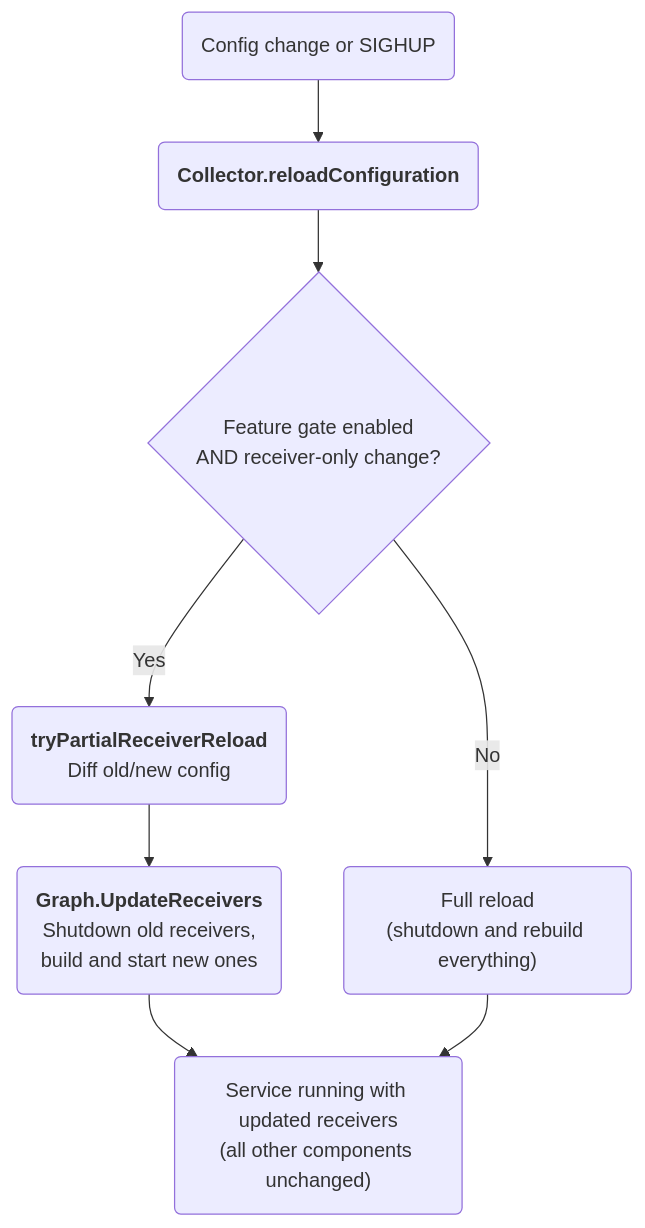
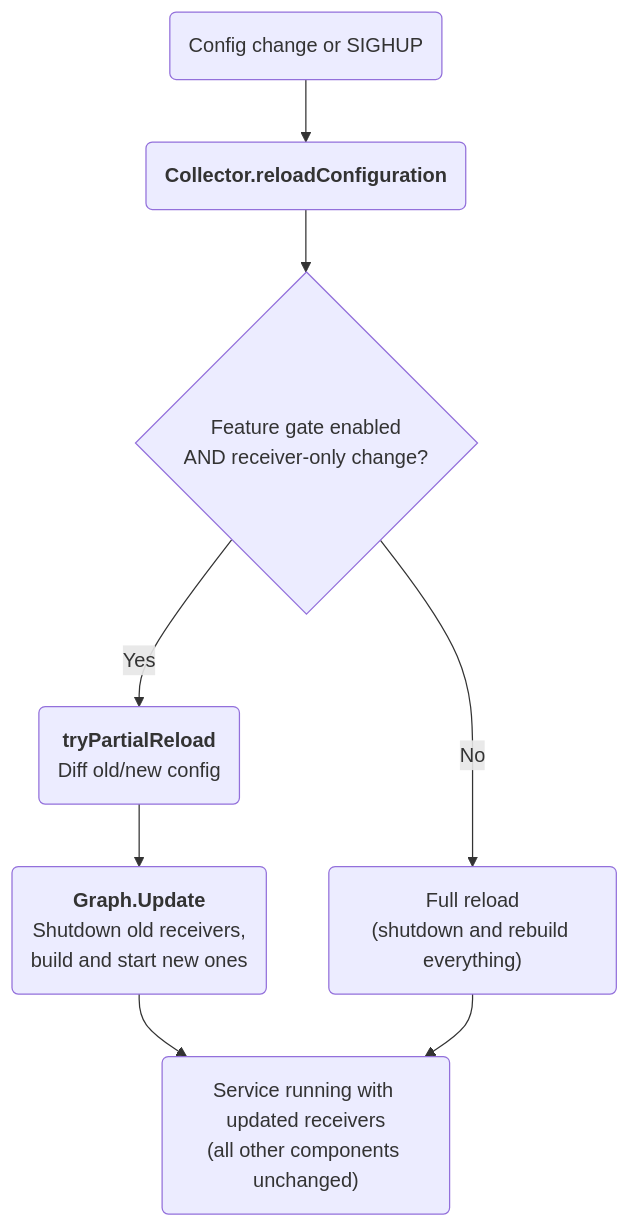
One commit to open-telemetry/opentelemetry-collector changed the third of 3 diagrams in docs/internal-architecture.md. Above: the diagram before and after it, drawn with Mermaid. The commit also changed other lines of this file and 16 other files, not shown here.

Commit message:
Add support for partial reload for processors.

````diff
--- a/docs/internal-architecture.md
+++ b/docs/internal-architecture.md
@@ -71,16 +71,16 @@
 ```mermaid
 flowchart TD
     A("`Config change or SIGHUP`") --> B("`**Collector.reloadConfiguration**`")
     B --> C{"`Feature gate enabled
     AND receiver-only change?`"}
-    C -->|Yes| D("`**tryPartialReceiverReload**
+    C -->|Yes| D("`**tryPartialReload**
     Diff old/new config`")
-    D --> E("`**Graph.UpdateReceivers**
+    D --> E("`**Graph.Update**
     Shutdown old receivers,
     build and start new ones`")
     E --> F("`Service running with updated receivers
     (all other components unchanged)`")
     C -->|No| G("`Full reload
     (shutdown and rebuild everything)`")
     G --> F
 ```
````
